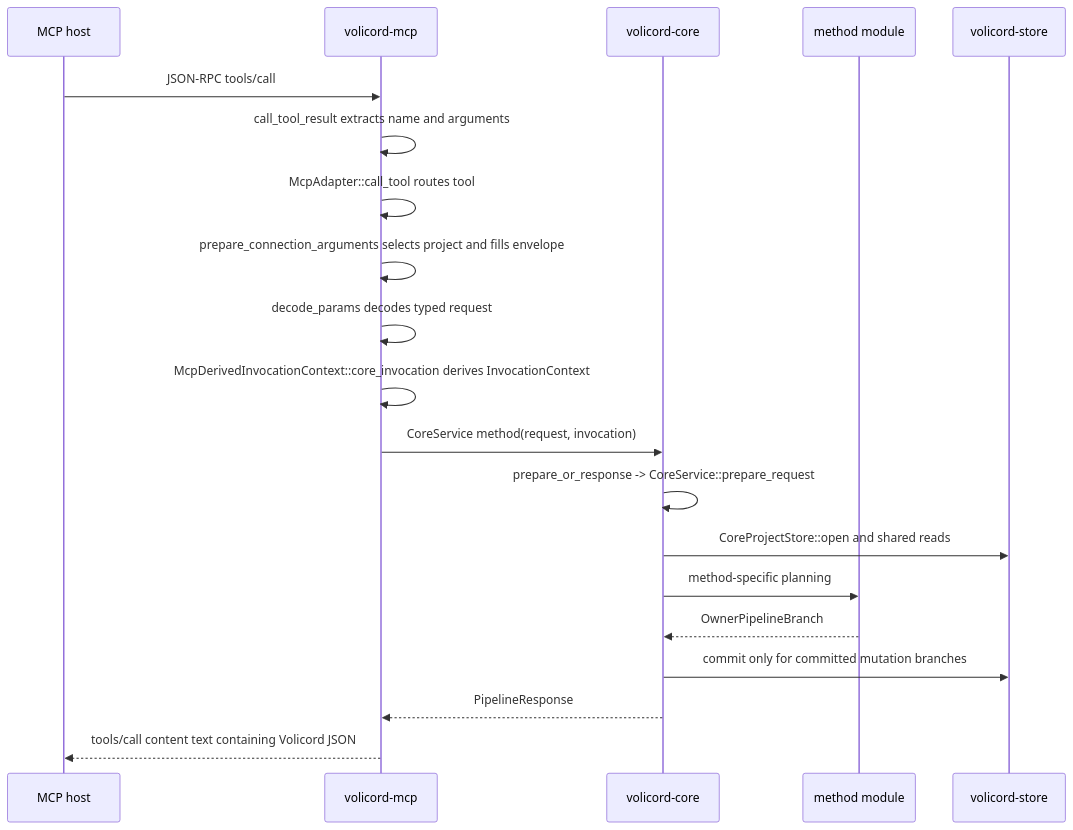
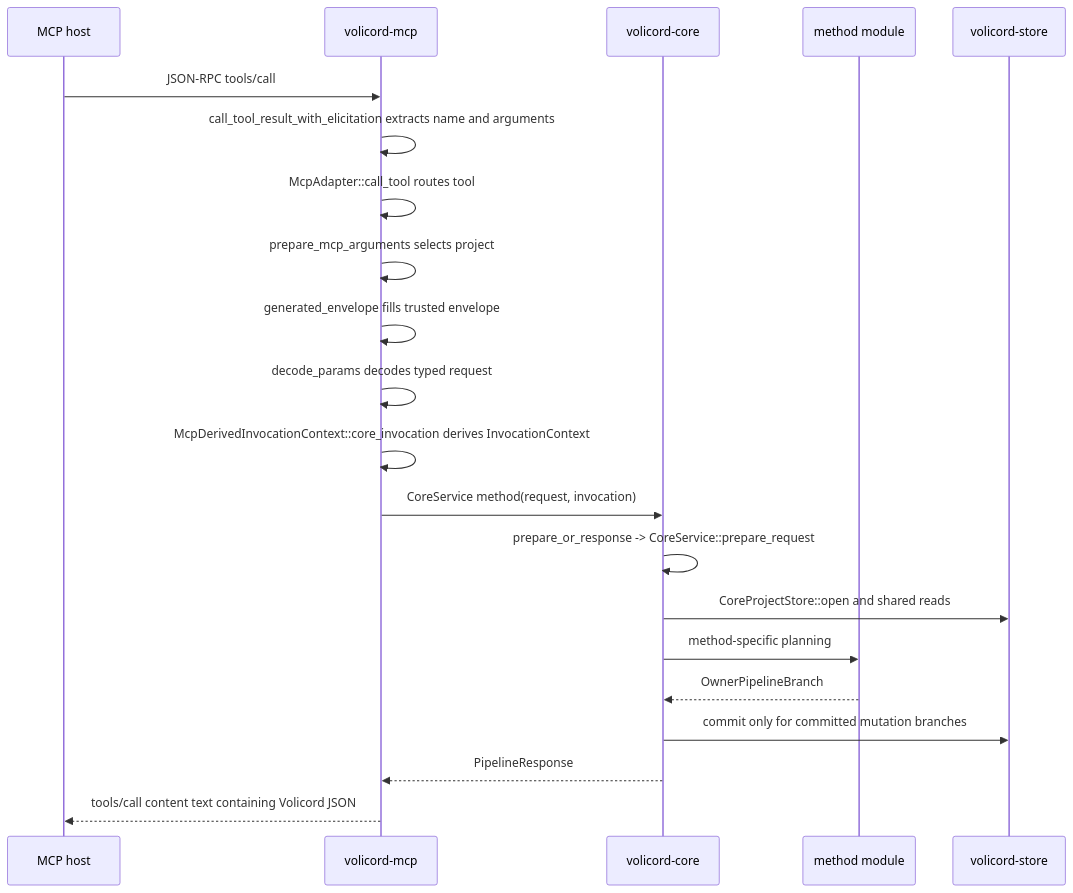
One commit to minjungw00/Volicord changed the diagram in docs/en/development/request-lifecycle.md. Above: the diagram before and after it, drawn with Mermaid. The commit also changed other lines of this file and 32 other files, not shown here.

````diff
--- a/docs/en/development/request-lifecycle.md
+++ b/docs/en/development/request-lifecycle.md
@@ -26,23 +26,24 @@
 ```mermaid
 sequenceDiagram
   participant Host as MCP host
   participant MCP as volicord-mcp
   participant Core as volicord-core
   participant Method as method module
   participant Store as volicord-store
 
   Host->>MCP: JSON-RPC tools/call
-  MCP->>MCP: call_tool_result extracts name and arguments
+  MCP->>MCP: call_tool_result_with_elicitation extracts name and arguments
   MCP->>MCP: McpAdapter::call_tool routes tool
-  MCP->>MCP: prepare_connection_arguments selects project and fills envelope
+  MCP->>MCP: prepare_mcp_arguments selects project
+  MCP->>MCP: generated_envelope fills trusted envelope
   MCP->>MCP: decode_params decodes typed request
   MCP->>MCP: McpDerivedInvocationContext::core_invocation derives InvocationContext
   MCP->>Core: CoreService method(request, invocation)
   Core->>Core: prepare_or_response -> CoreService::prepare_request
   Core->>Store: CoreProjectStore::open and shared reads
   Core->>Method: method-specific planning
   Method-->>Core: OwnerPipelineBranch
   Core->>Store: commit only for committed mutation branches
   Core-->>MCP: PipelineResponse
   MCP-->>Host: tools/call content text containing Volicord JSON
 ```
````
